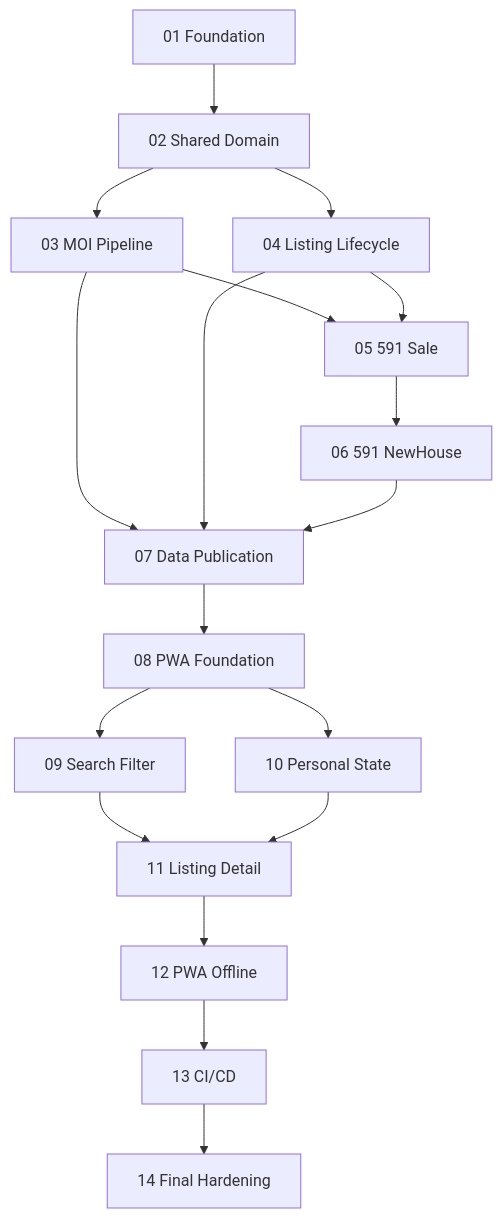
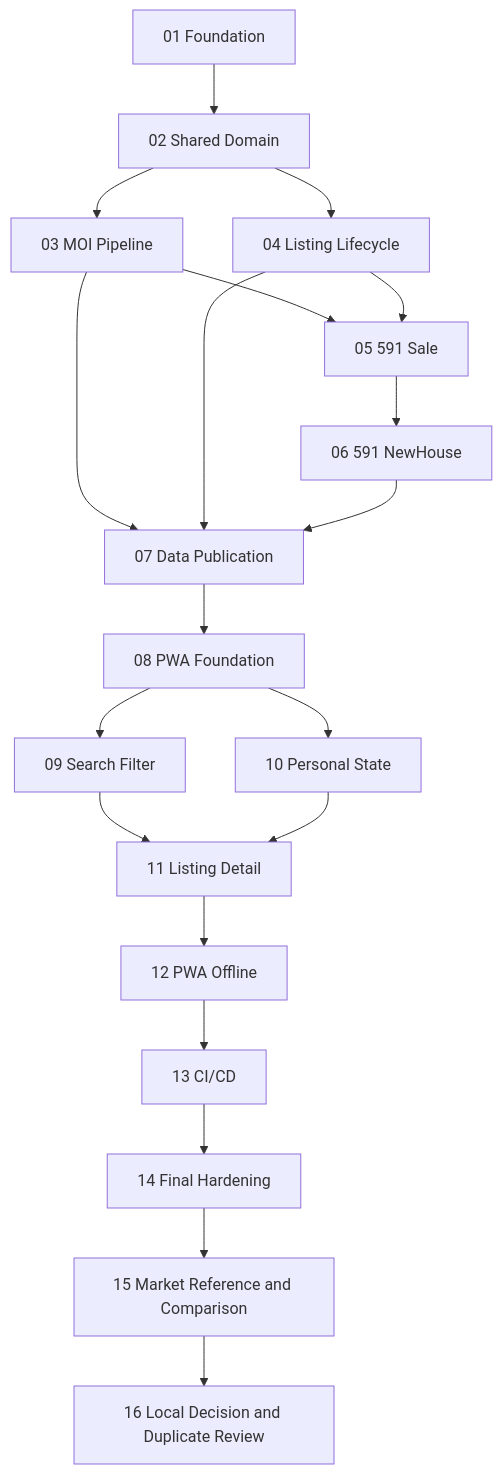
Before and after one commit to archer0615/HomeHunt: the diagram in docs/implementation/README.md, drawn with Mermaid. The commit also changed other lines of this file and 53 other files, not shown here.

Commit message:
feat: add market comparison and local decision review

````diff
--- a/docs/implementation/README.md
+++ b/docs/implementation/README.md
@@ -7,20 +7,22 @@
 ```mermaid
 flowchart TD
  P01[01 Foundation] --> P02[02 Shared Domain]
  P02 --> P03[03 MOI Pipeline]
  P02 --> P04[04 Listing Lifecycle]
  P03 --> P05[05 591 Sale]
  P04 --> P05
  P05 --> P06[06 591 NewHouse]
  P03 --> P07[07 Data Publication]
  P04 --> P07
  P06 --> P07
  P07 --> P08[08 PWA Foundation]
  P08 --> P09[09 Search Filter]
  P08 --> P10[10 Personal State]
  P09 --> P11[11 Listing Detail]
  P10 --> P11
  P11 --> P12[12 PWA Offline]
  P12 --> P13[13 CI/CD]
  P13 --> P14[14 Final Hardening]
+ P14 --> P15[15 Market Reference and Comparison]
+ P15 --> P16[16 Local Decision and Duplicate Review]
 ```
````
